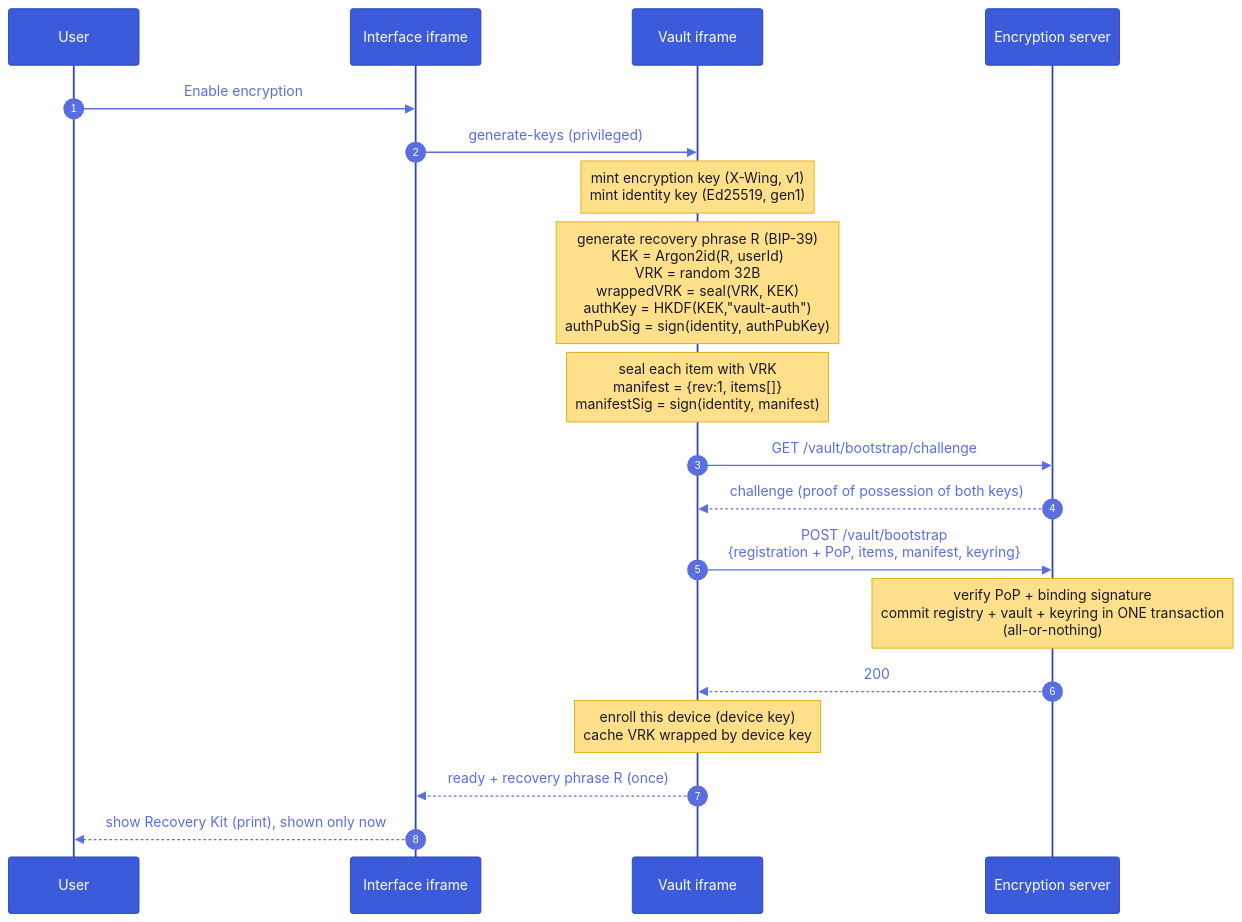
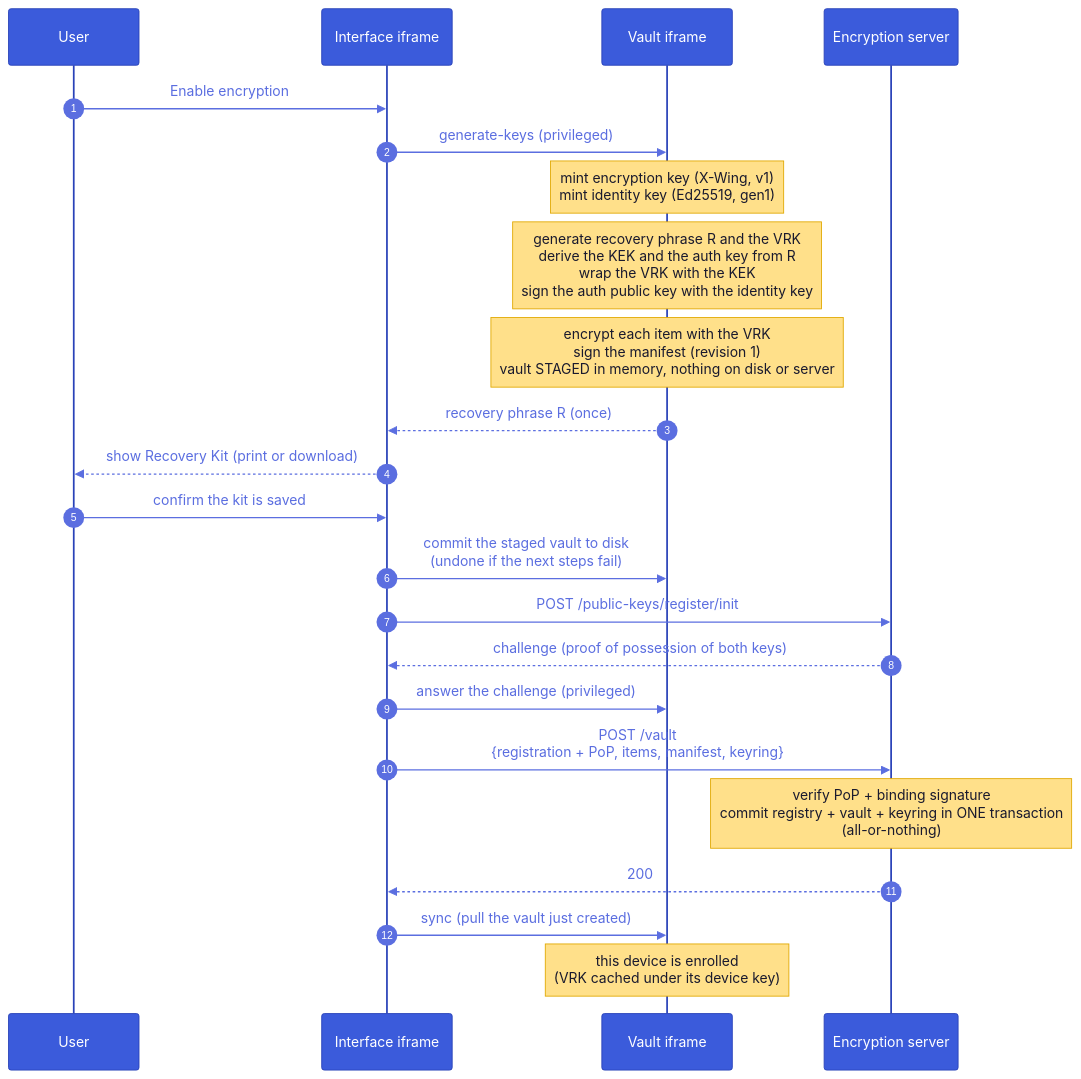
Before and after one commit to suitenumerique/encryption: diagram 11 of 24 in architecture.md, drawn with Mermaid. The commit also changed other lines of this file and 24 other files, not shown here.

Commit message:
fix(crypto): encrypt with xchacha20-poly1305 aead instead of xsalsa20 secretbox as documented + harden vault integrity checks & chore(docs): rework the architecture document

````diff
--- a/architecture.md
+++ b/architecture.md
@@ -329,22 +1017,26 @@
 ```mermaid
-%%{init: {'theme':'base','themeVariables':{'actorBkg':'#3b5bdb','actorTextColor':'#fff','actorBorder':'#2942b8','signalColor':'#5b6ee0','signalTextColor':'#5b6ee0','noteBkgColor':'#ffe08a','noteTextColor':'#1a1a2e','noteBorderColor':'#e0a800','sequenceNumberColor':'#fff'}}}%%
+%%{init: {'theme':'base','look':'classic','themeVariables':{'actorBkg':'#3b5bdb','actorTextColor':'#fff','actorBorder':'#2942b8','signalColor':'#5b6ee0','signalTextColor':'#5b6ee0','noteBkgColor':'#ffe08a','noteTextColor':'#1a1a2e','noteBorderColor':'#e0a800','sequenceNumberColor':'#fff'}}}%%
 sequenceDiagram
   autonumber
   participant U as User
   participant UI as Interface iframe
   participant V as Vault iframe
   participant API as Encryption server
   U->>UI: Enable encryption
   UI->>V: generate-keys (privileged)
   Note over V: mint encryption key (X-Wing, v1)<br/>mint identity key (Ed25519, gen1)
-  Note over V: generate recovery phrase R (BIP-39)<br/>KEK = Argon2id(R, userId)<br/>VRK = random 32B<br/>wrappedVRK = seal(VRK, KEK)<br/>authKey = HKDF(KEK,"vault-auth")<br/>authPubSig = sign(identity, authPubKey)
-  Note over V: seal each item with VRK<br/>manifest = {rev:1, items[]}<br/>manifestSig = sign(identity, manifest)
-  V->>API: GET /vault/bootstrap/challenge
-  API-->>V: challenge (proof of possession of both keys)
-  V->>API: POST /vault/bootstrap<br/>{registration + PoP, items, manifest, keyring}
+  Note over V: generate recovery phrase R and the VRK<br/>derive the KEK and the auth key from R<br/>wrap the VRK with the KEK<br/>sign the auth public key with the identity key
+  Note over V: encrypt each item with the VRK<br/>sign the manifest (revision 1)<br/>vault STAGED in memory, nothing on disk or server
+  V-->>UI: recovery phrase R (once)
+  UI-->>U: show Recovery Kit (print or download)
+  U->>UI: confirm the kit is saved
+  UI->>V: commit the staged vault to disk<br/>(undone if the next steps fail)
+  UI->>API: POST /public-keys/register/init
+  API-->>UI: challenge (proof of possession of both keys)
+  UI->>V: answer the challenge (privileged)
+  UI->>API: POST /vault<br/>{registration + PoP, items, manifest, keyring}
   Note over API: verify PoP + binding signature<br/>commit registry + vault + keyring in ONE transaction<br/>(all-or-nothing)
-  API-->>V: 200
-  Note over V: enroll this device (device key)<br/>cache VRK wrapped by device key
-  V-->>UI: ready + recovery phrase R (once)
-  UI-->>U: show Recovery Kit (print), shown only now
+  API-->>UI: 200
+  UI->>V: sync (pull the vault just created)
+  Note over V: this device is enrolled<br/>(VRK cached under its device key)
 ```
````
